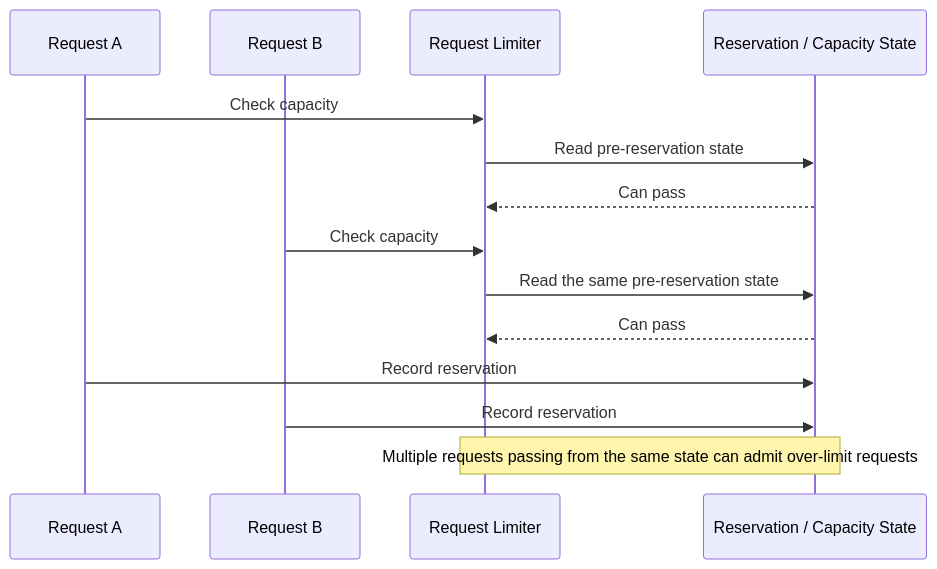
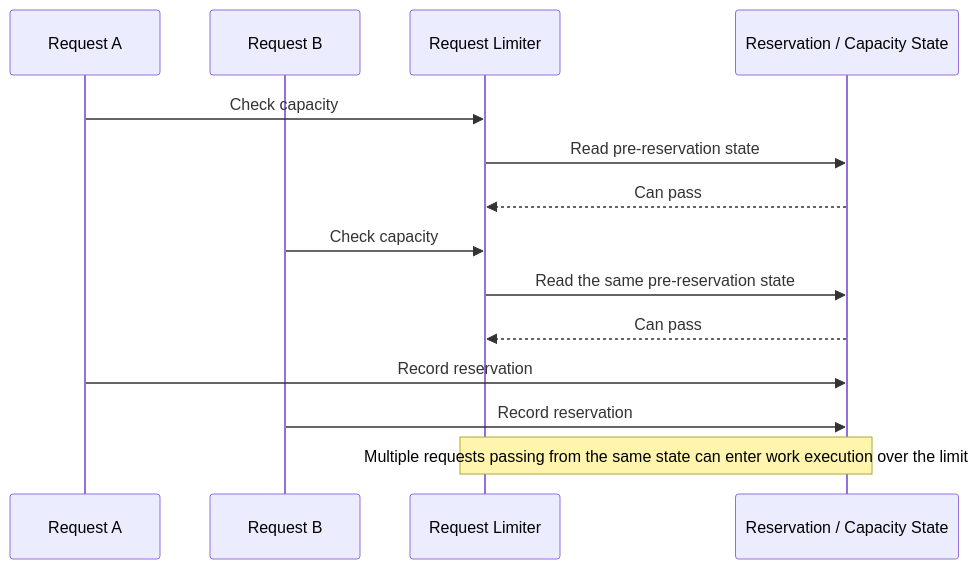
Before and after one commit to zmrdltl/portfolio: the second of 4 diagrams in docs/experience/cluml.en.md, drawn with Mermaid. The commit also changed other lines of this file and 11 other files, not shown here.

````diff
--- a/docs/experience/cluml.en.md
+++ b/docs/experience/cluml.en.md
@@ -36,17 +36,17 @@
 ```mermaid
 sequenceDiagram
   participant A as Request A
   participant B as Request B
   participant L as Request Limiter
   participant S as Reservation / Capacity State
 
   A->>L: Check capacity
   L->>S: Read pre-reservation state
   S-->>L: Can pass
   B->>L: Check capacity
   L->>S: Read the same pre-reservation state
   S-->>L: Can pass
   A->>S: Record reservation
   B->>S: Record reservation
-  Note over L,S: Multiple requests passing from the same state can admit over-limit requests
+  Note over L,S: Multiple requests passing from the same state can enter work execution over the limit
 ```
````
